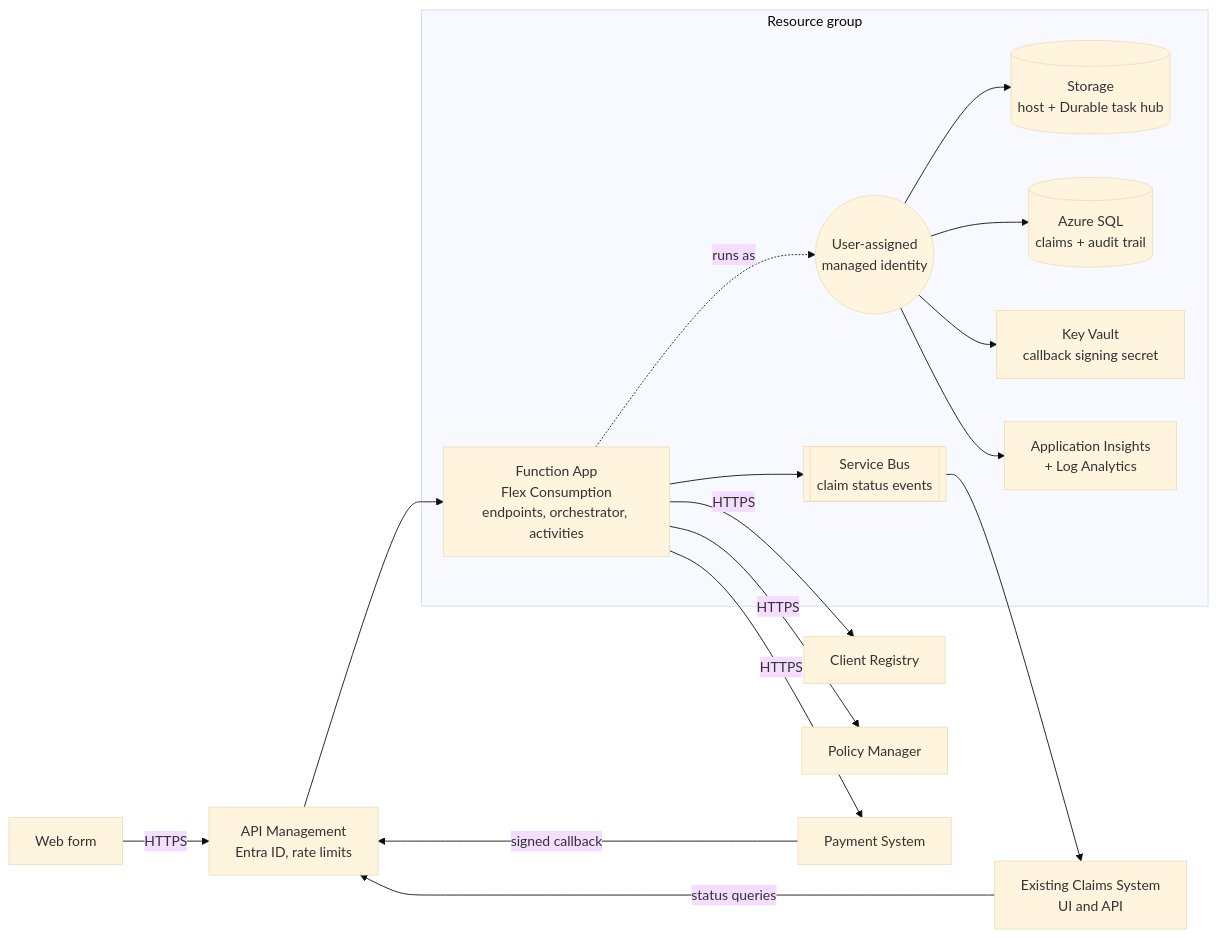
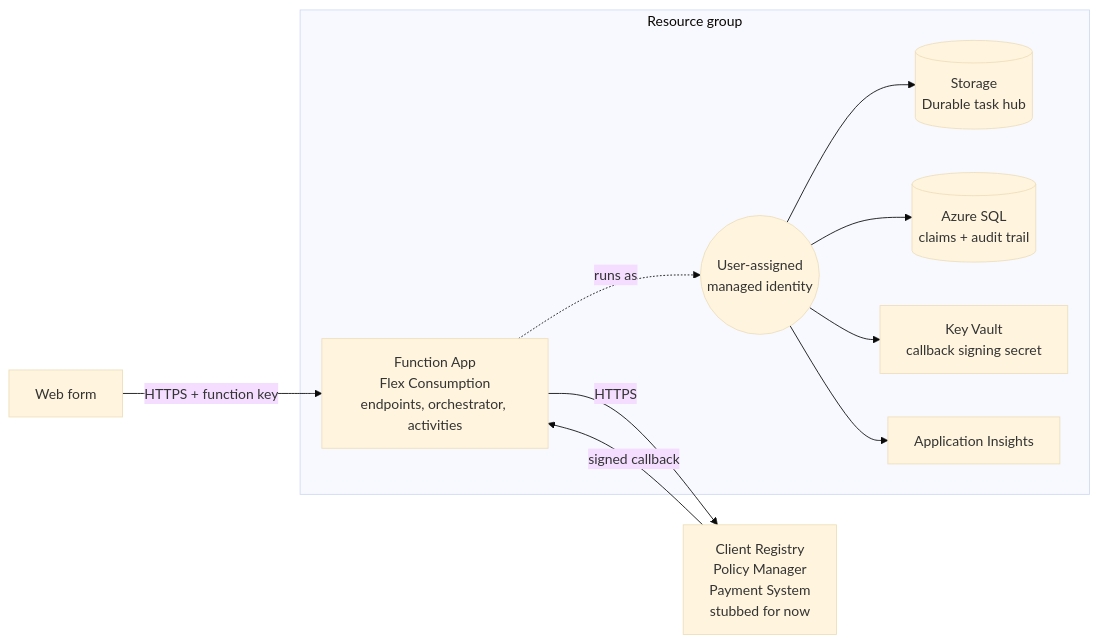
One commit to LindelweM/claims-processing-system changed the second of 2 diagrams in README.md. Above: the diagram before and after it, drawn with Mermaid (base theme). The commit also changed other lines of this file and 2 other files, not shown here.

````diff
--- a/README.md
+++ b/README.md
@@ -403,29 +402,22 @@
 ```mermaid
 flowchart LR
-    WF[Web form] -->|HTTPS| APIM[API Management<br/>Entra ID, rate limits]
-    CS[Existing Claims System<br/>UI and API] -->|status queries| APIM
-    APIM --> FA
+    WF[Web form] -->|HTTPS + function key| FA
 
     subgraph RG[Resource group]
         FA[Function App<br/>Flex Consumption<br/>endpoints, orchestrator, activities]
         MI((User-assigned<br/>managed identity))
-        ST[(Storage<br/>host + Durable task hub)]
+        ST[(Storage<br/>Durable task hub)]
         SQL[(Azure SQL<br/>claims + audit trail)]
         KV[Key Vault<br/>callback signing secret]
-        AI[Application Insights<br/>+ Log Analytics]
-        SB[[Service Bus<br/>claim status events]]
+        AI[Application Insights]
     end
 
     FA -.runs as.-> MI
     MI --> ST
     MI --> SQL
     MI --> KV
     MI --> AI
-    FA --> SB
-    SB --> CS
 
-    FA -->|HTTPS| CR[Client Registry]
-    FA -->|HTTPS| PM[Policy Manager]
-    FA -->|HTTPS| PAY[Payment System]
-    PAY -->|signed callback| APIM
+    FA -->|HTTPS| DS[Client Registry<br/>Policy Manager<br/>Payment System<br/>stubbed for now]
+    DS -->|signed callback| FA
 ```
````
